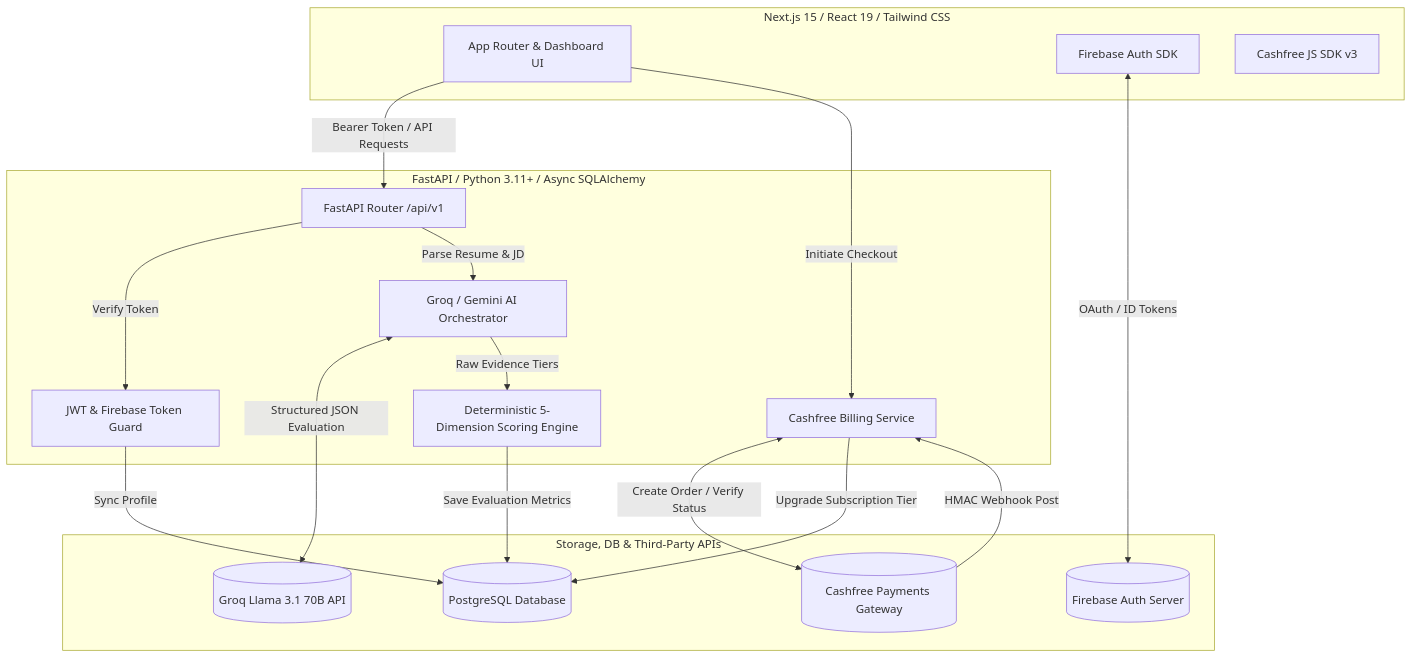
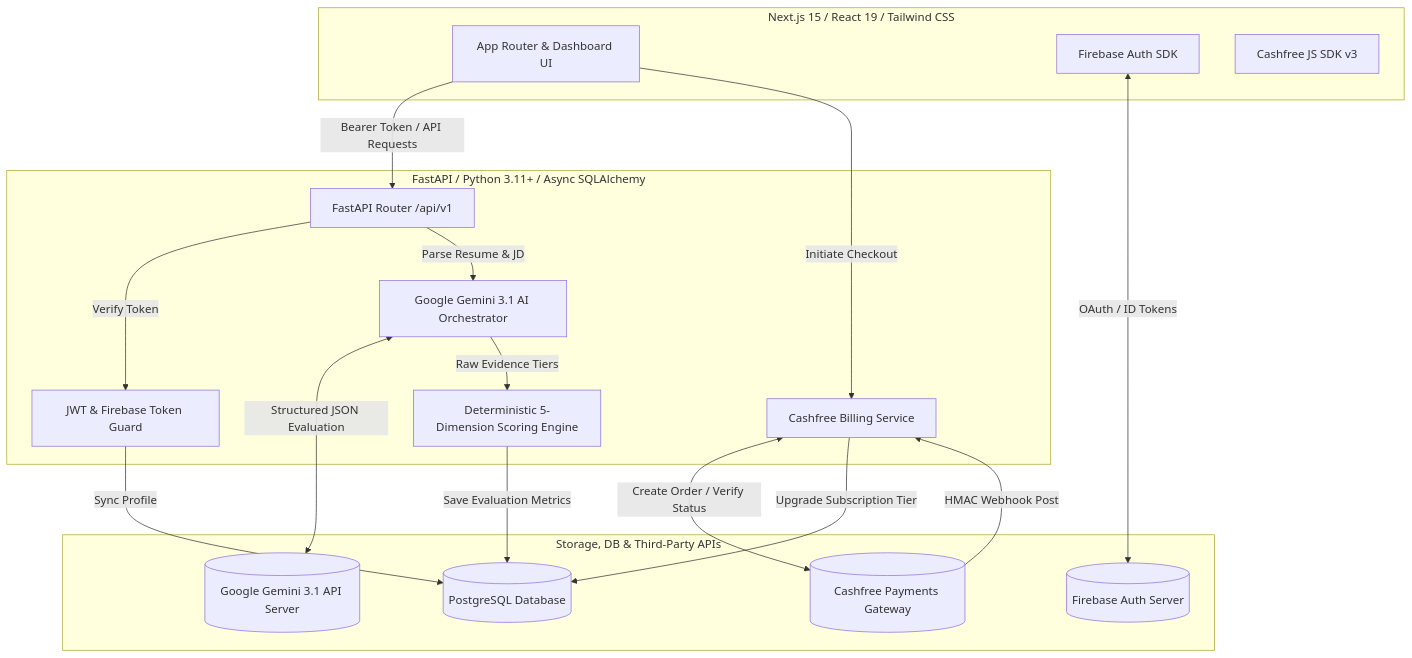
The diagram in README.md (shashi-bhushan-27/proofStack), drawn with Mermaid before and after one commit. The commit also changed other lines of this file, not shown here.

Commit message:
docs: feature Google Gemini 3.1 Flash Lite as primary LLM engine across README badges, diagrams, and env vars

````diff
--- a/README.md
+++ b/README.md
@@ -68,36 +68,36 @@
 ```mermaid
 graph TD
     subgraph Frontend [Next.js 15 / React 19 / Tailwind CSS]
         UI[App Router & Dashboard UI]
         AuthClient[Firebase Auth SDK]
         Checkout[Cashfree JS SDK v3]
     end
 
     subgraph Backend [FastAPI / Python 3.11+ / Async SQLAlchemy]
         API[FastAPI Router /api/v1]
         AuthDeps[JWT & Firebase Token Guard]
         BillingSvc[Cashfree Billing Service]
         ScoringEngine[Deterministic 5-Dimension Scoring Engine]
-        LLMSvc[Groq / Gemini AI Orchestrator]
+        LLMSvc[Google Gemini 3.1 AI Orchestrator]
     end
 
     subgraph Data & External [Storage, DB & Third-Party APIs]
         DB[(PostgreSQL Database)]
         Firebase[(Firebase Auth Server)]
         CashfreeAPI[(Cashfree Payments Gateway)]
-        GroqAPI[(Groq Llama 3.1 70B API)]
+        GeminiAPI[(Google Gemini 3.1 API Server)]
     end
 
     UI -->|Bearer Token / API Requests| API
     AuthClient <-->|OAuth / ID Tokens| Firebase
     API -->|Verify Token| AuthDeps
     AuthDeps -->|Sync Profile| DB
     UI -->|Initiate Checkout| BillingSvc
     BillingSvc <-->|Create Order / Verify Status| CashfreeAPI
     CashfreeAPI -->|HMAC Webhook Post| BillingSvc
     BillingSvc -->|Upgrade Subscription Tier| DB
     API -->|Parse Resume & JD| LLMSvc
-    LLMSvc <-->|Structured JSON Evaluation| GroqAPI
+    LLMSvc <-->|Structured JSON Evaluation| GeminiAPI
     LLMSvc -->|Raw Evidence Tiers| ScoringEngine
     ScoringEngine -->|Save Evaluation Metrics| DB
 ```
````
